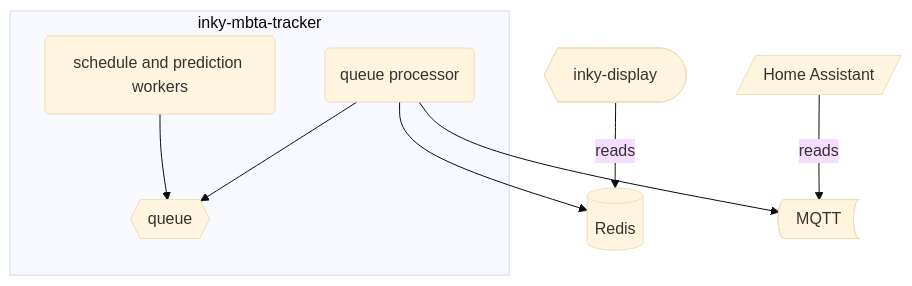
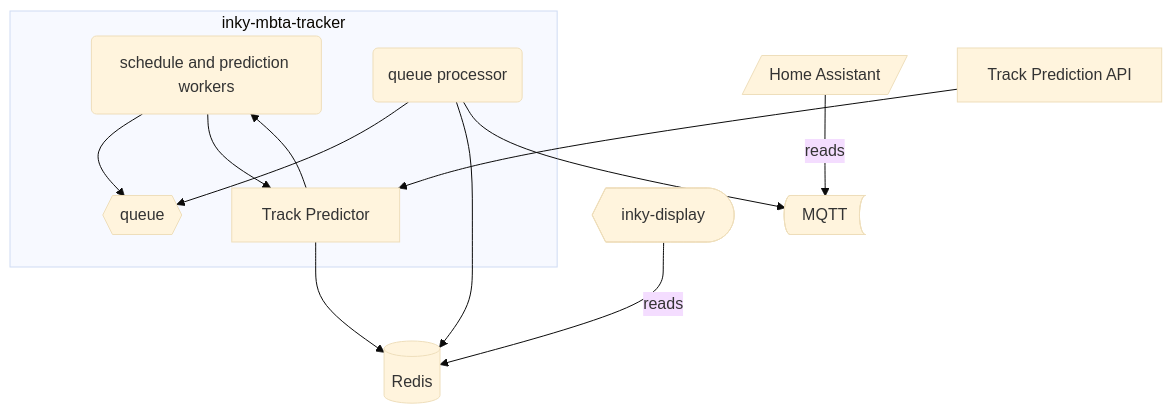
Before and after one commit to cubismod/inky-mbta-tracker: the diagram in README.md, drawn with Mermaid (base theme). The commit also changed other lines of this file and 10 other files, not shown here.

First line of the commit message:
Add track prediction feature and update dependencies

````diff
--- a/README.md
+++ b/README.md
@@ -8,16 +85,21 @@
 ```mermaid
 flowchart TD
     subgraph inky-mbta-tracker
     B(schedule and prediction workers)
     D{{queue}}
     C(queue processor)
+    TP[Track Predictor]
     end
     B --> D
     C --> D
+    B --> TP
+    TP --> B
 
     C -->E@{ shape: cyl, label: "Redis"}
     C -->F@{ shape: bow-rect, label: "MQTT" }
+    TP --> E
 
     G@{ shape: curv-trap, label: "inky-display" } -->|reads| E
     H[/Home Assistant/] -->|reads| F
+    I[Track Prediction API] --> TP
 ```
````
